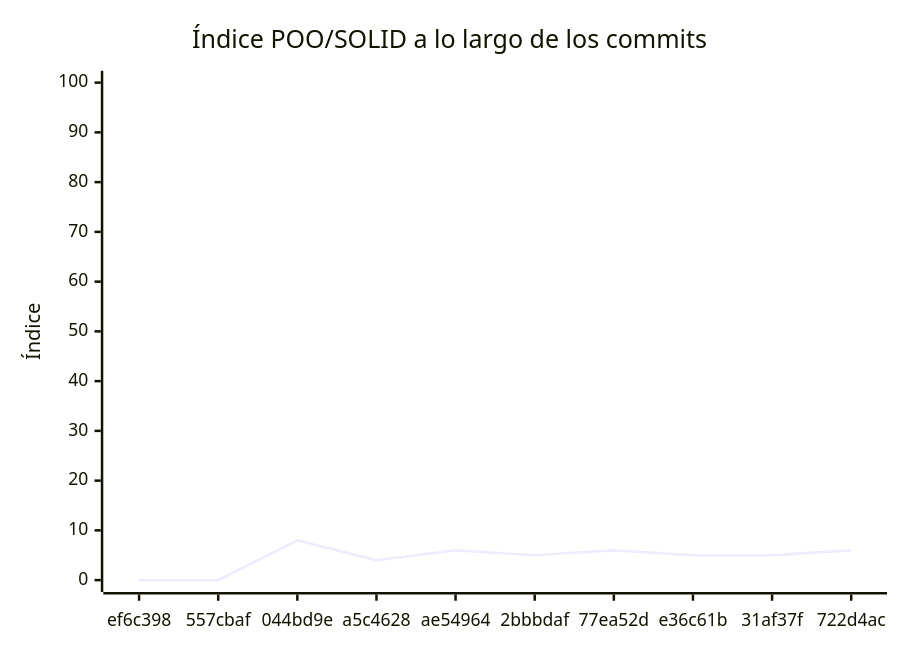
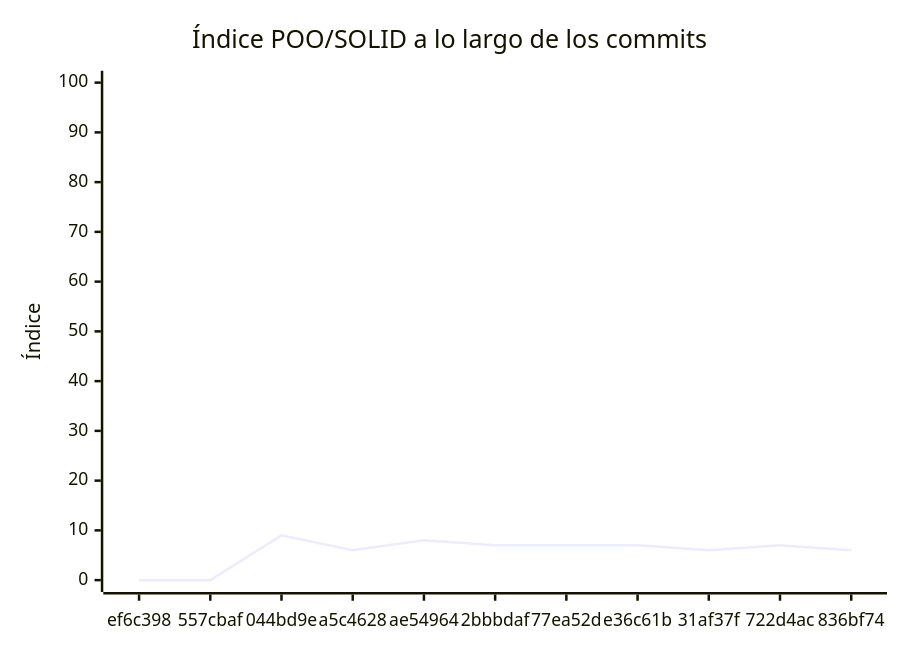
One commit to Chiara-Monte-Productions/LaPampa-ElJuegoII changed the diagram in docs/EVALUACION.md. Above: the diagram before and after it, drawn with Mermaid. The commit also changed other lines of this file and 1 other file, not shown here.

````diff
--- a/docs/EVALUACION.md
+++ b/docs/EVALUACION.md
@@ -261,7 +253,7 @@
 ```mermaid
 xychart-beta
     title "Índice POO/SOLID a lo largo de los commits"
-    x-axis ["ef6c398", "557cbaf", "044bd9e", "a5c4628", "ae54964", "2bbbdaf", "77ea52d", "e36c61b", "31af37f", "722d4ac"]
+    x-axis ["ef6c398", "557cbaf", "044bd9e", "a5c4628", "ae54964", "2bbbdaf", "77ea52d", "e36c61b", "31af37f", "722d4ac", "836bf74"]
     y-axis "Índice" 0 --> 100
-    line [0, 0, 8, 4, 6, 5, 6, 5, 5, 6]
+    line [0, 0, 9, 6, 8, 7, 7, 7, 6, 7, 6]
 ```
````
